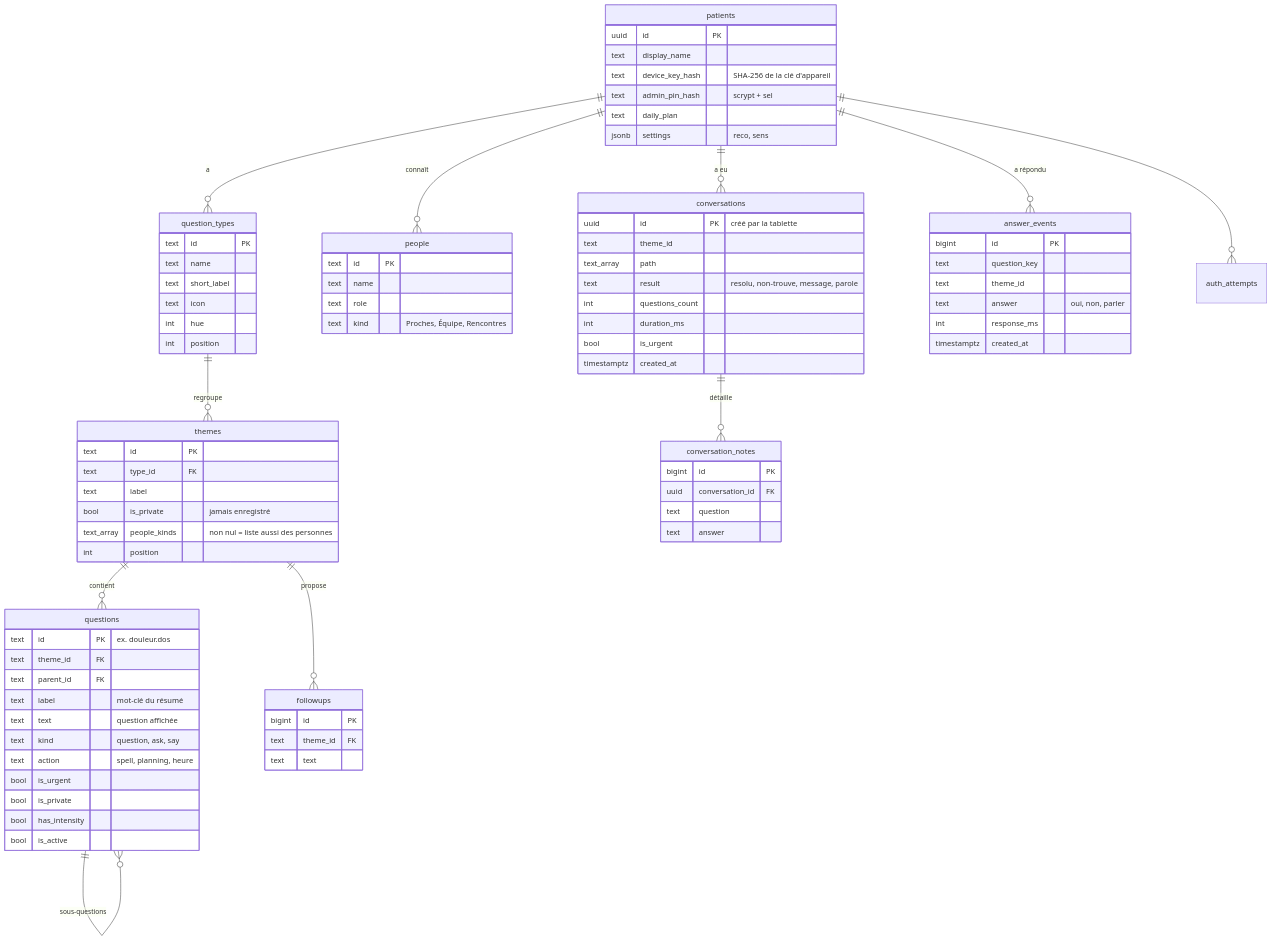
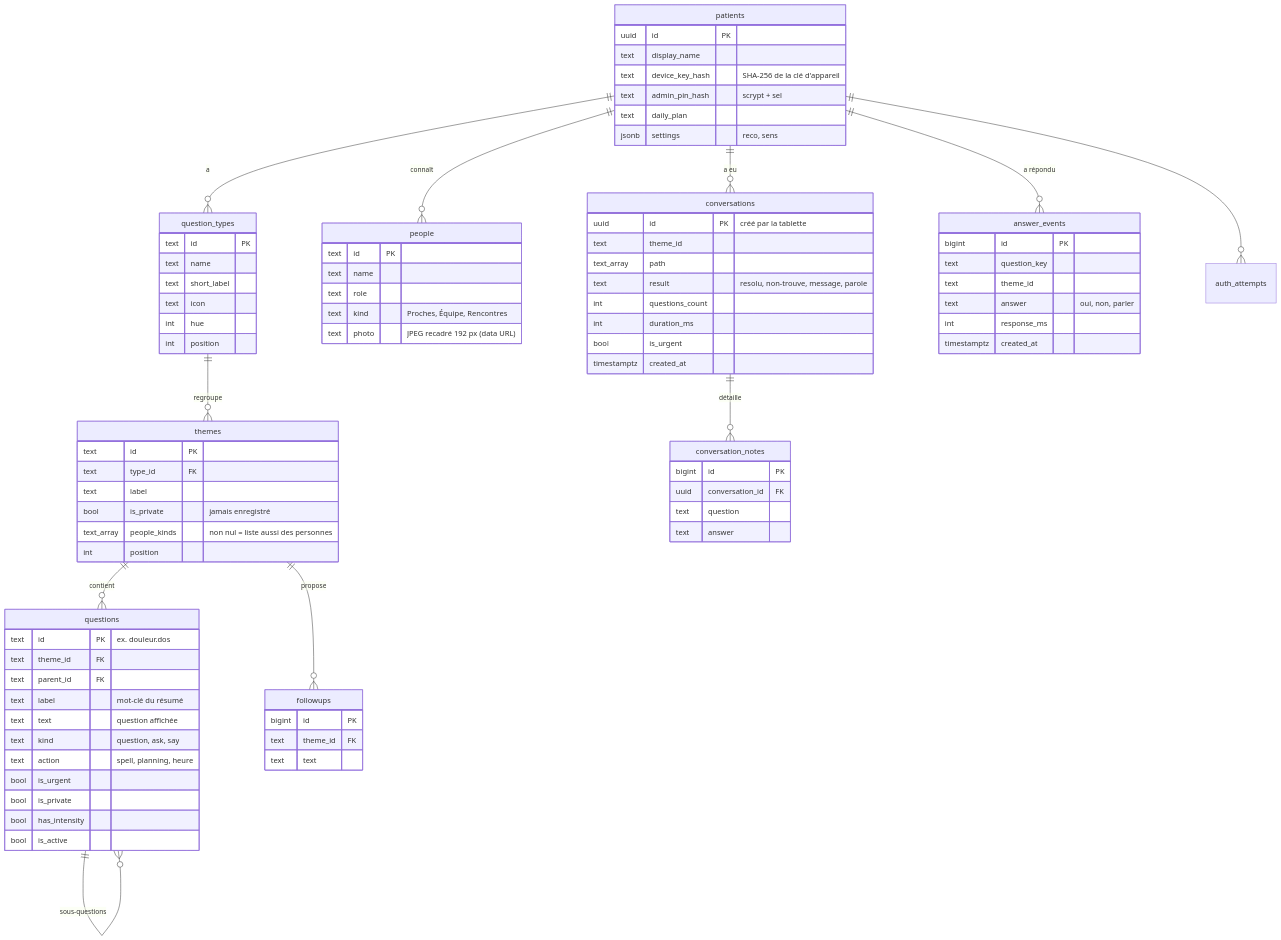
Before and after one commit to amine-bazi/annahacktathon26: the fourth of 5 diagrams in anna-vercel/docs/ARCHITECTURE.md, drawn with Mermaid. The commit also changed other lines of this file and 10 other files, not shown here.

```diff
--- a/anna-vercel/docs/ARCHITECTURE.md
+++ b/anna-vercel/docs/ARCHITECTURE.md
@@ -235,6 +237,7 @@
     text name
     text role
     text kind "Proches, Équipe, Rencontres"
+    text photo "JPEG recadré 192 px (data URL)"
   }
   conversations {
     uuid id PK "créé par la tablette"
```
